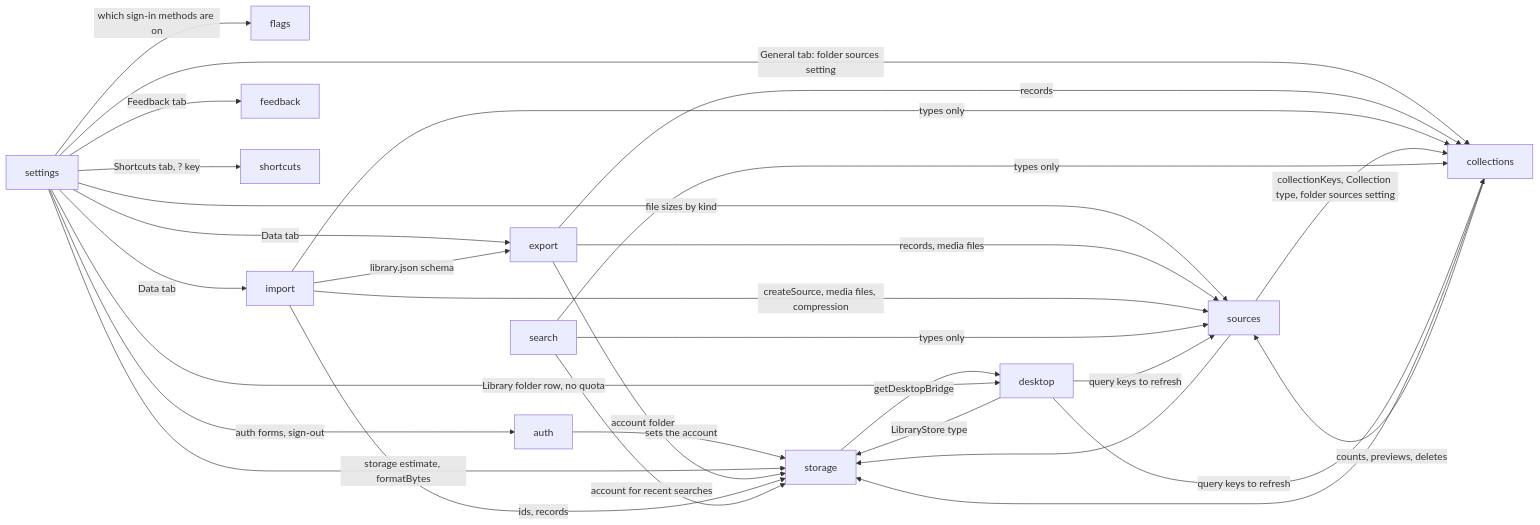
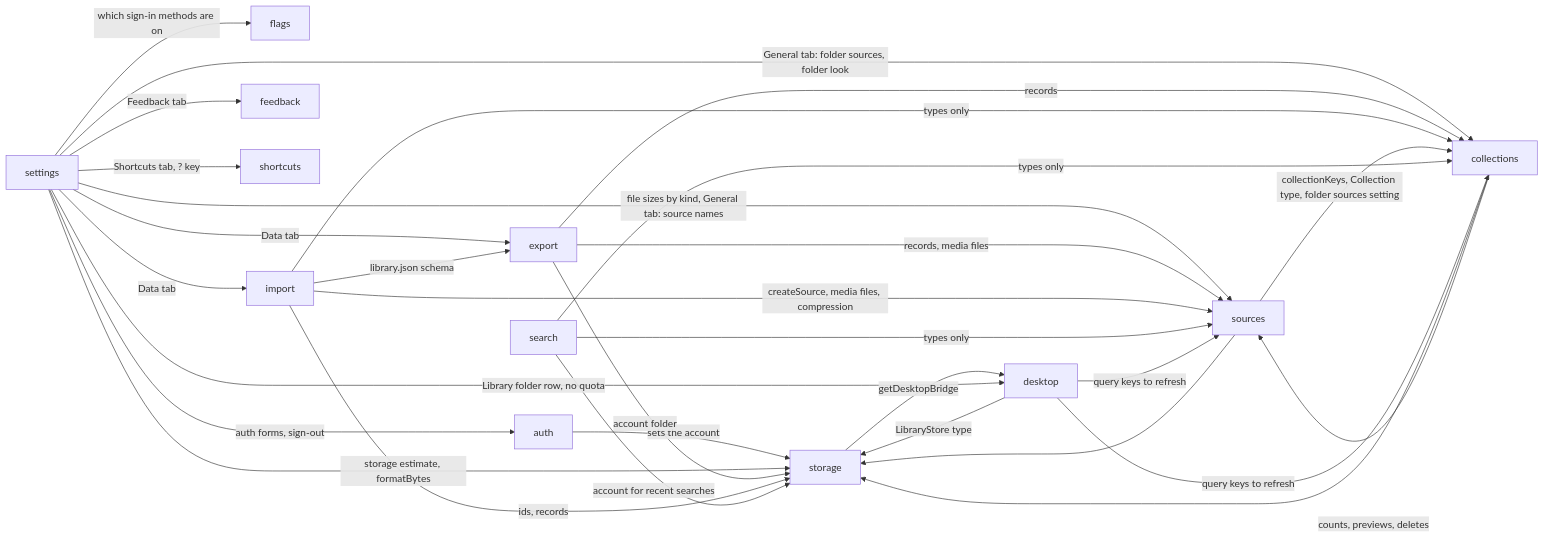
Before and after one commit to kun1225/mado: the diagram in apps/web/ARCHITECTURE.md, drawn with Mermaid. The commit also changed other lines of this file and 44 other files, not shown here.

First line of the commit message:
feat: add collection look and source name settings

````diff
--- a/apps/web/ARCHITECTURE.md
+++ b/apps/web/ARCHITECTURE.md
@@ -26,32 +27,32 @@
 ```mermaid
 graph LR
   auth -->|sets the account| storage
   settings -->|auth forms, sign-out| auth
   settings -->|which sign-in methods are on| flags
-  settings -->|General tab: folder sources setting| collections
+  settings -->|General tab: folder sources, folder look| collections
   settings -->|Data tab| export
   settings -->|Data tab| import
   settings -->|Feedback tab| feedback
   settings -->|Shortcuts tab, ? key| shortcuts
-  settings -->|file sizes by kind| sources
+  settings -->|file sizes by kind, General tab: source names| sources
   settings -->|storage estimate, formatBytes| storage
   export -->|records, media files| sources
   export -->|records| collections
   export -->|account folder| storage
   import -->|library.json schema| export
   import -->|createSource, media files, compression| sources
   import -->|types only| collections
   import -->|ids, records| storage
   sources --> storage
   collections --> storage
   sources -->|collectionKeys, Collection type, folder sources setting| collections
   collections -->|counts, previews, deletes| sources
   search -->|types only| collections
   search -->|types only| sources
   search -->|account for recent searches| storage
   storage -->|getDesktopBridge| desktop
   desktop -->|LibraryStore type| storage
   desktop -->|query keys to refresh| sources
   desktop -->|query keys to refresh| collections
   settings -->|Library folder row, no quota| desktop
 ```
````
